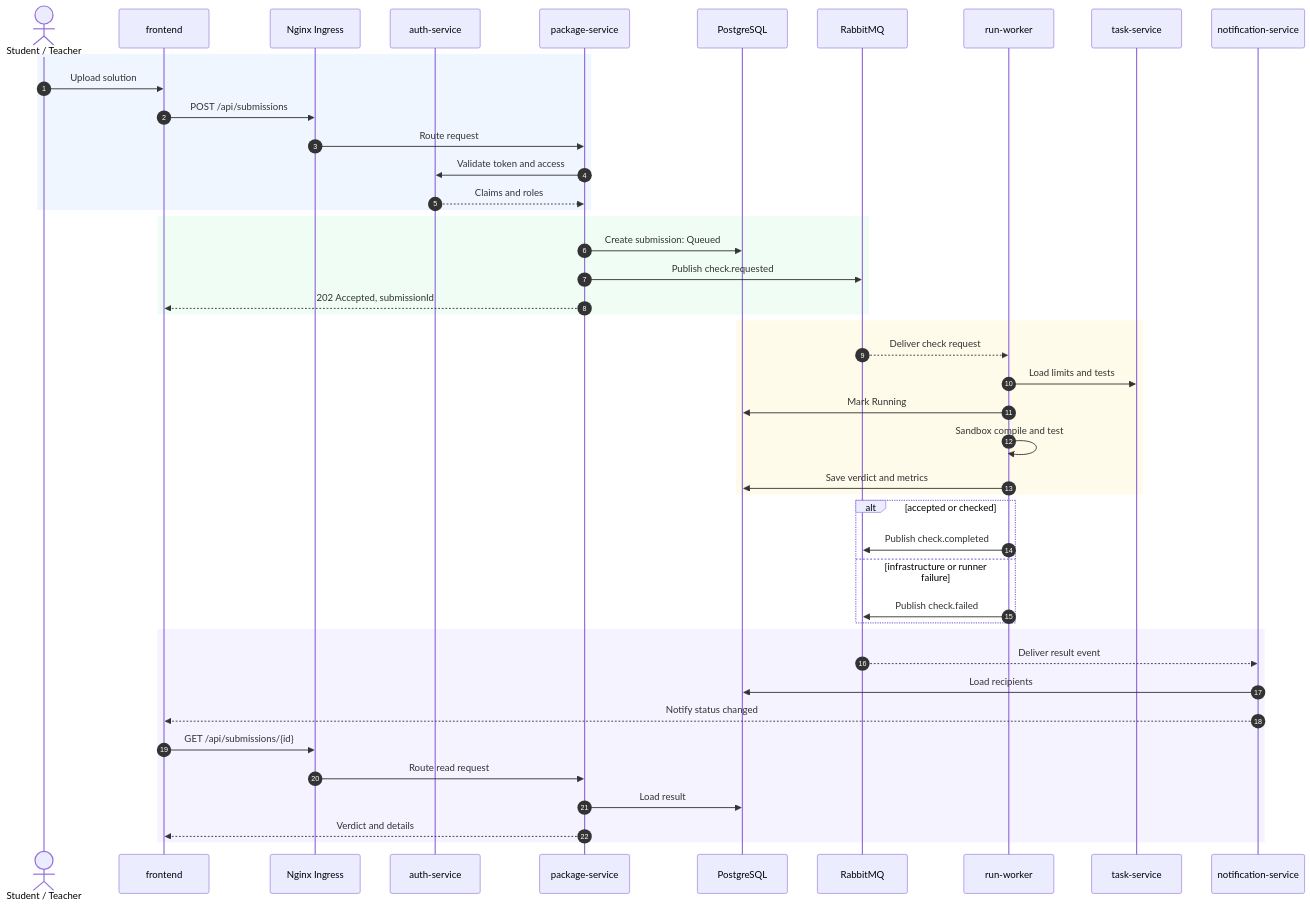
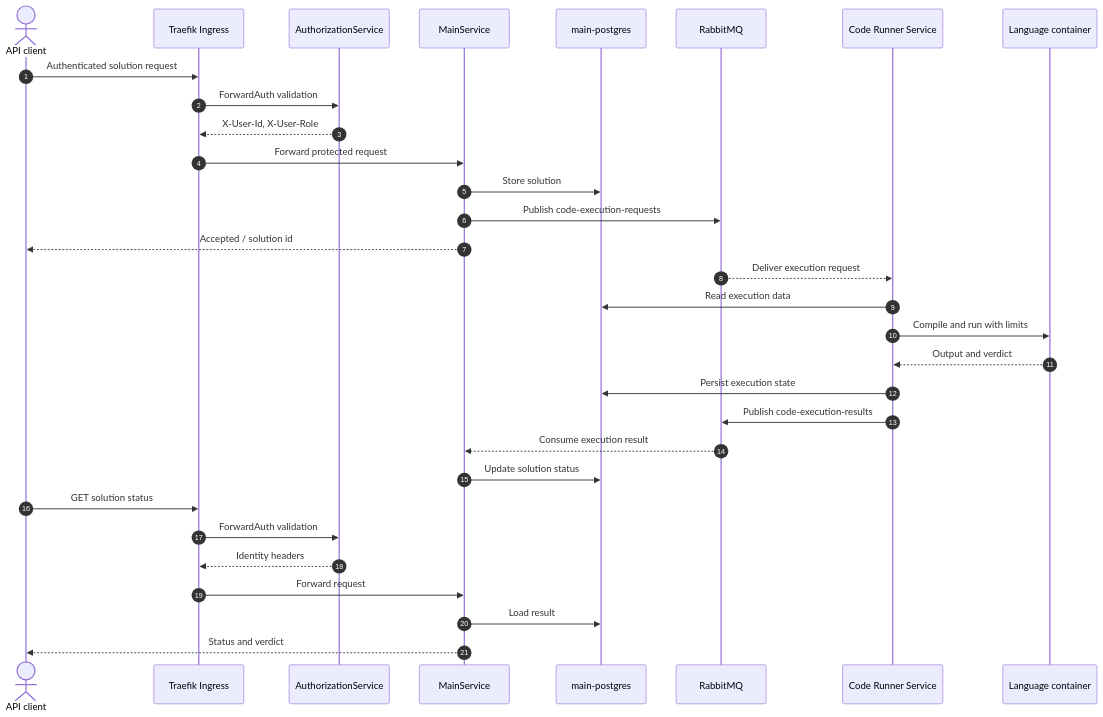
Before and after one commit to Sunboys-HITs/docs: the second of 2 diagrams in docs/sre-architecture.md, drawn with Mermaid. The commit also changed other lines of this file, not shown here.

Commit message:
Revise SRE architecture diagram for clarity and update sequence diagram to reflect new service interactions

````diff
--- a/docs/sre-architecture.md
+++ b/docs/sre-architecture.md
@@ -104,52 +113,36 @@
 ```mermaid
 sequenceDiagram
     autonumber
-    actor User as Student / Teacher
-    participant FE as frontend
-    participant ING as Nginx Ingress
-    participant AUTH as auth-service
-    participant PKG as package-service
-    participant DB as PostgreSQL
+    actor Client as API client
+    participant ING as Traefik Ingress
+    participant AUTH as AuthorizationService
+    participant MAIN as MainService
+    participant DB as main-postgres
     participant MQ as RabbitMQ
-    participant WRK as run-worker
-    participant TASK as task-service
-    participant NOTIF as notification-service
+    participant RUN as Code Runner Service
+    participant DOCKER as Language container
 
-    rect rgb(239, 246, 255)
-        User->>FE: Upload solution
-        FE->>ING: POST /api/submissions
-        ING->>PKG: Route request
-        PKG->>AUTH: Validate token and access
-        AUTH-->>PKG: Claims and roles
-    end
+    Client->>ING: Authenticated solution request
+    ING->>AUTH: ForwardAuth validation
+    AUTH-->>ING: X-User-Id, X-User-Role
+    ING->>MAIN: Forward protected request
+    MAIN->>DB: Store solution
+    MAIN->>MQ: Publish code-execution-requests
+    MAIN-->>Client: Accepted / solution id
 
-    rect rgb(240, 253, 244)
-        PKG->>DB: Create submission: Queued
-        PKG->>MQ: Publish check.requested
-        PKG-->>FE: 202 Accepted, submissionId
-    end
+    MQ-->>RUN: Deliver execution request
+    RUN->>DB: Read execution data
+    RUN->>DOCKER: Compile and run with limits
+    DOCKER-->>RUN: Output and verdict
+    RUN->>DB: Persist execution state
+    RUN->>MQ: Publish code-execution-results
+    MQ-->>MAIN: Consume execution result
+    MAIN->>DB: Update solution status
 
-    rect rgb(255, 251, 235)
-        MQ-->>WRK: Deliver check request
-        WRK->>TASK: Load limits and tests
-        WRK->>DB: Mark Running
-        WRK->>WRK: Sandbox compile and test
-        WRK->>DB: Save verdict and metrics
-    end
-
-    alt accepted or checked
-        WRK->>MQ: Publish check.completed
-    else infrastructure or runner failure
-        WRK->>MQ: Publish check.failed
-    end
-
-    rect rgb(245, 243, 255)
-        MQ-->>NOTIF: Deliver result event
-        NOTIF->>DB: Load recipients
-        NOTIF-->>FE: Notify status changed
-        FE->>ING: GET /api/submissions/{id}
-        ING->>PKG: Route read request
-        PKG->>DB: Load result
-        PKG-->>FE: Verdict and details
-    end
+    Client->>ING: GET solution status
+    ING->>AUTH: ForwardAuth validation
+    AUTH-->>ING: Identity headers
+    ING->>MAIN: Forward request
+    MAIN->>DB: Load result
+    MAIN-->>Client: Status and verdict
 ```
````
